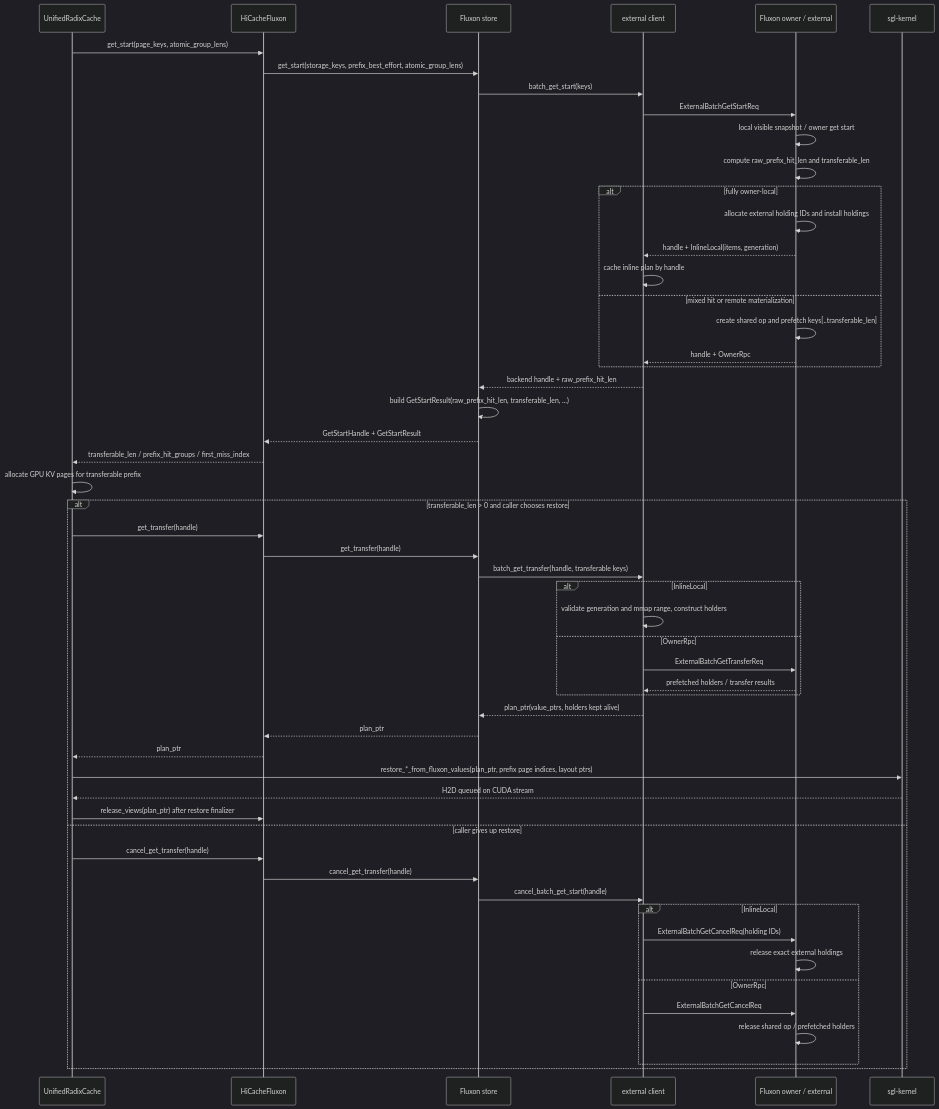
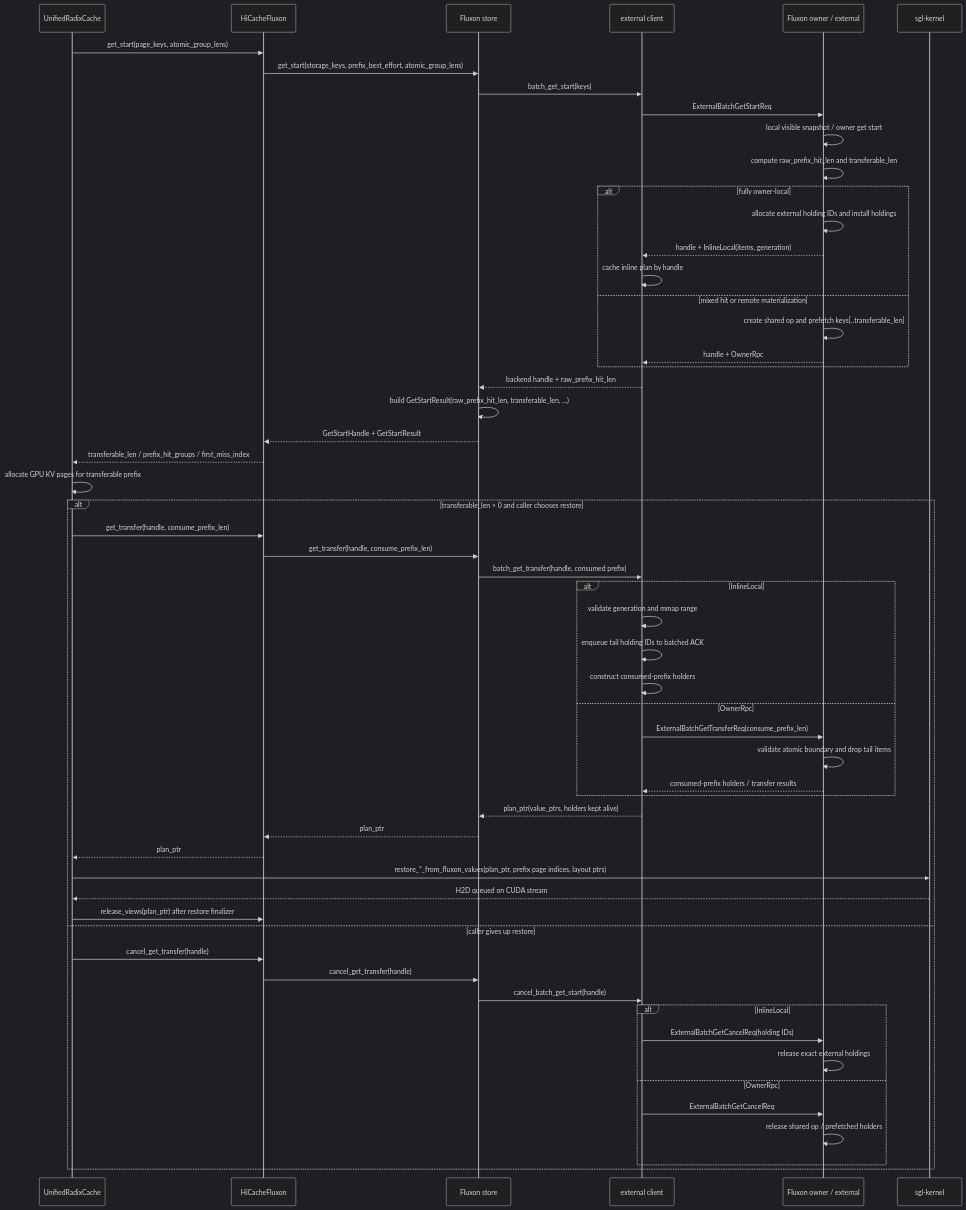
The fourth of 7 diagrams in fluxon_doc_cn/design/sglang_fluxon_kv集成设计.md (Tele-AI/Fluxon), drawn with Mermaid (dark theme) before and after one commit. The commit also changed other lines of this file and 20 other files, not shown here.

````diff
--- a/fluxon_doc_cn/design/sglang_fluxon_kv集成设计.md
+++ b/fluxon_doc_cn/design/sglang_fluxon_kv集成设计.md
@@ -487,57 +487,60 @@
 ```mermaid
 sequenceDiagram
     participant U as UnifiedRadixCache
     participant B as HiCacheFluxon
     participant F as Fluxon store
     participant E as external client
     participant O as Fluxon owner / external
     participant K as sgl-kernel
 
     U->>B: get_start(page_keys, atomic_group_lens)
     B->>F: get_start(storage_keys, prefix_best_effort, atomic_group_lens)
     F->>E: batch_get_start(keys)
     E->>O: ExternalBatchGetStartReq
     O->>O: local visible snapshot / owner get start
     O->>O: compute raw_prefix_hit_len and transferable_len
     alt fully owner-local
         O->>O: allocate external holding IDs and install holdings
         O-->>E: handle + InlineLocal(items, generation)
         E->>E: cache inline plan by handle
     else mixed hit or remote materialization
         O->>O: create shared op and prefetch keys[..transferable_len]
         O-->>E: handle + OwnerRpc
     end
     E-->>F: backend handle + raw_prefix_hit_len
     F->>F: build GetStartResult(raw_prefix_hit_len, transferable_len, ...)
     F-->>B: GetStartHandle + GetStartResult
     B-->>U: transferable_len / prefix_hit_groups / first_miss_index
     U->>U: allocate GPU KV pages for transferable prefix
     alt transferable_len > 0 and caller chooses restore
-        U->>B: get_transfer(handle)
-        B->>F: get_transfer(handle)
-        F->>E: batch_get_transfer(handle, transferable keys)
+        U->>B: get_transfer(handle, consume_prefix_len)
+        B->>F: get_transfer(handle, consume_prefix_len)
+        F->>E: batch_get_transfer(handle, consumed prefix)
         alt InlineLocal
-            E->>E: validate generation and mmap range, construct holders
+            E->>E: validate generation and mmap range
+            E->>E: enqueue tail holding IDs to batched ACK
+            E->>E: construct consumed-prefix holders
         else OwnerRpc
-            E->>O: ExternalBatchGetTransferReq
-            O-->>E: prefetched holders / transfer results
+            E->>O: ExternalBatchGetTransferReq(consume_prefix_len)
+            O->>O: validate atomic boundary and drop tail items
+            O-->>E: consumed-prefix holders / transfer results
         end
         E-->>F: plan_ptr(value_ptrs, holders kept alive)
         F-->>B: plan_ptr
         B-->>U: plan_ptr
         U->>K: restore_*_from_fluxon_values(plan_ptr, prefix page indices, layout ptrs)
         K-->>U: H2D queued on CUDA stream
         U->>B: release_views(plan_ptr) after restore finalizer
     else caller gives up restore
         U->>B: cancel_get_transfer(handle)
         B->>F: cancel_get_transfer(handle)
         F->>E: cancel_batch_get_start(handle)
         alt InlineLocal
             E->>O: ExternalBatchGetCancelReq(holding IDs)
             O->>O: release exact external holdings
         else OwnerRpc
             E->>O: ExternalBatchGetCancelReq
             O->>O: release shared op / prefetched holders
         end
     end
 ```
````
